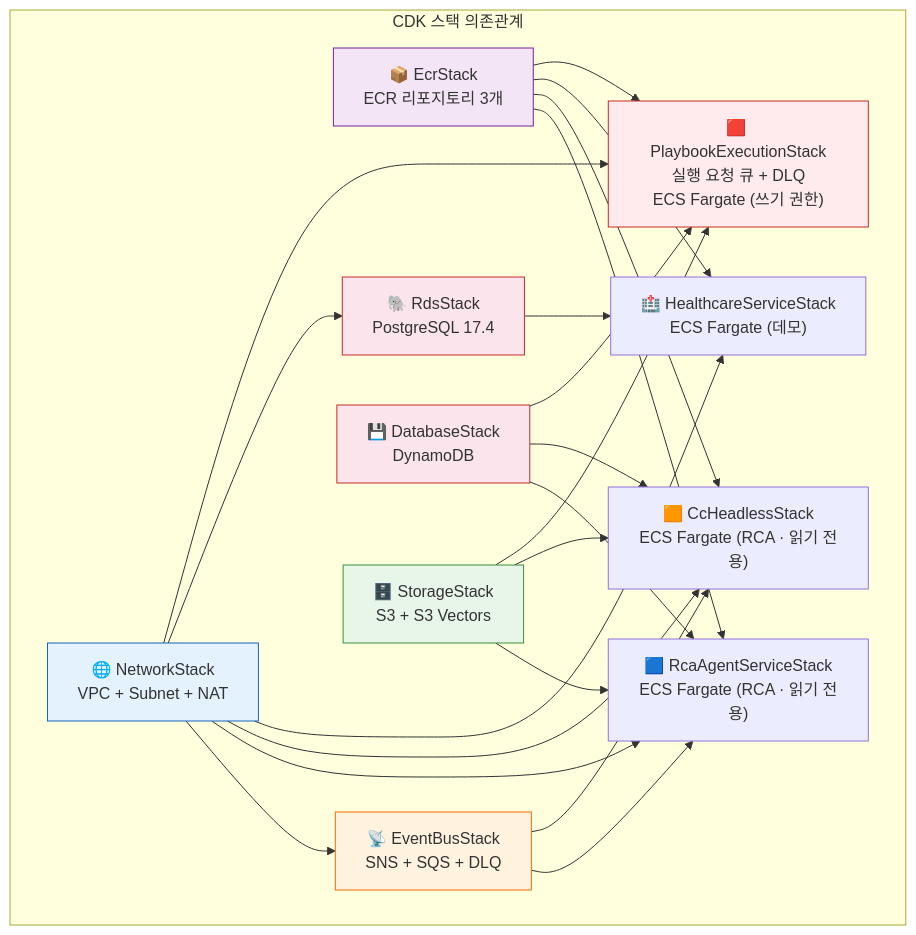
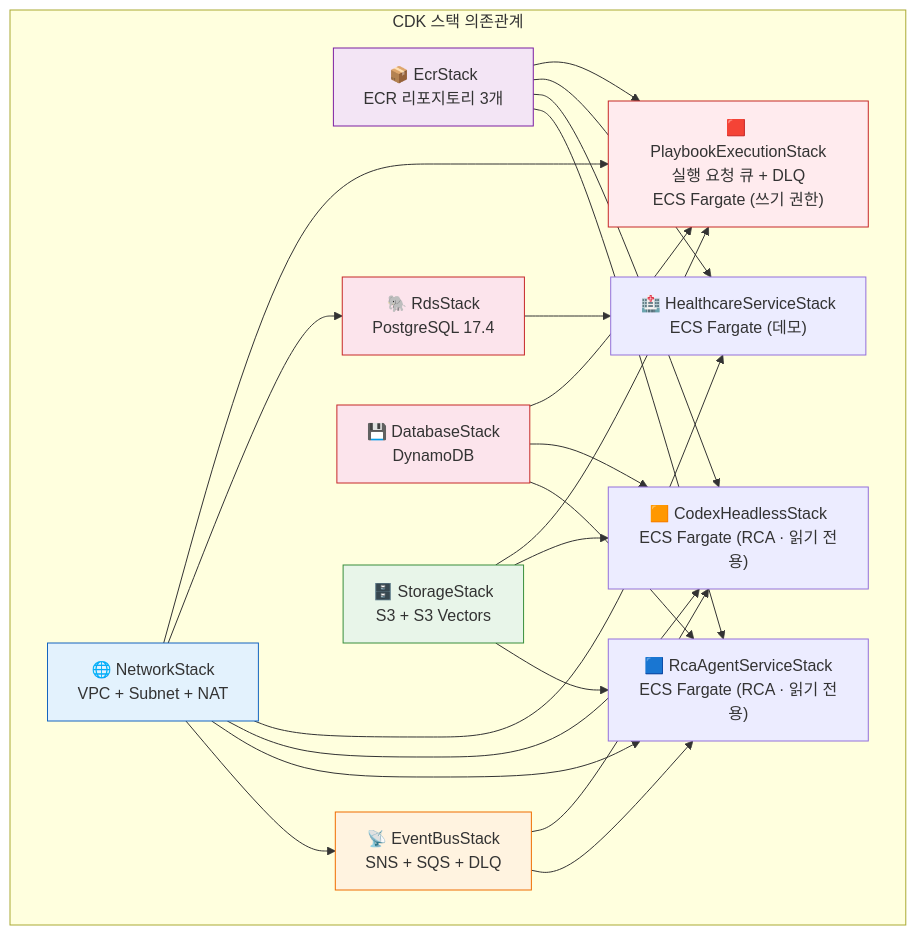
Before and after one commit to haandol/rca-agent: the third of 25 diagrams in docs/system-guide-for-ops.md, drawn with Mermaid. The commit also changed other lines of this file and 306 other files, not shown here.

Commit message:
feat: replace headless CC with Codex on Bedrock

````diff
--- a/docs/system-guide-for-ops.md
+++ b/docs/system-guide-for-ops.md
@@ -168,43 +168,43 @@
 ```mermaid
 graph TB
     subgraph Infra["CDK 스택 의존관계"]
         ECR["📦 EcrStack<br/>ECR 리포지토리 3개"]
         NET["🌐 NetworkStack<br/>VPC + Subnet + NAT"]
         EVENT["📡 EventBusStack<br/>SNS + SQS + DLQ"]
         DB["💾 DatabaseStack<br/>DynamoDB"]
         STORAGE["🗄️ StorageStack<br/>S3 + S3 Vectors"]
         RDS["🐘 RdsStack<br/>PostgreSQL 17.4"]
         AGENT["🟦 RcaAgentServiceStack<br/>ECS Fargate (RCA · 읽기 전용)"]
-        CC["🟧 CcHeadlessStack<br/>ECS Fargate (RCA · 읽기 전용)"]
+        CC["🟧 CodexHeadlessStack<br/>ECS Fargate (RCA · 읽기 전용)"]
         HEALTH["🏥 HealthcareServiceStack<br/>ECS Fargate (데모)"]
         EXEC["🟥 PlaybookExecutionStack<br/>실행 요청 큐 + DLQ<br/>ECS Fargate (쓰기 권한)"]
     end
 
     ECR --> AGENT
     ECR --> CC
     ECR --> HEALTH
     ECR --> EXEC
     NET --> EVENT
     NET --> AGENT
     NET --> CC
     NET --> HEALTH
     NET --> RDS
     NET --> EXEC
     EVENT --> AGENT
     EVENT --> CC
     DB --> AGENT
     DB --> CC
     DB --> EXEC
     STORAGE --> AGENT
     STORAGE --> CC
     STORAGE --> EXEC
     RDS --> HEALTH
 
     style ECR fill:#f3e5f5,stroke:#7b1fa2
     style NET fill:#e3f2fd,stroke:#1565c0
     style EVENT fill:#fff3e0,stroke:#ef6c00
     style DB fill:#fce4ec,stroke:#c62828
     style STORAGE fill:#e8f5e9,stroke:#388e3c
     style RDS fill:#fce4ec,stroke:#c62828
     style EXEC fill:#ffebee,stroke:#c62828
 ```
````
